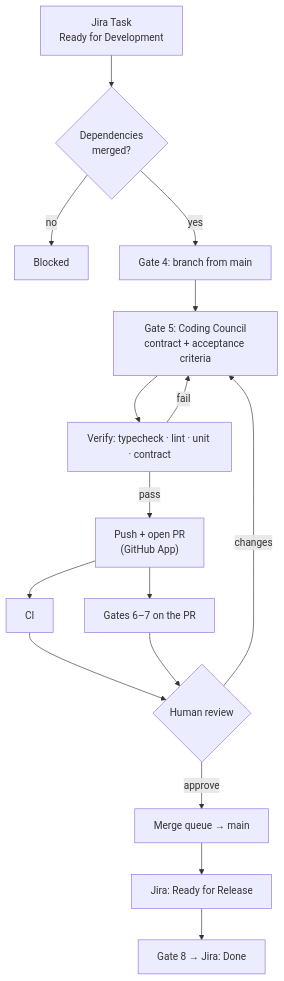
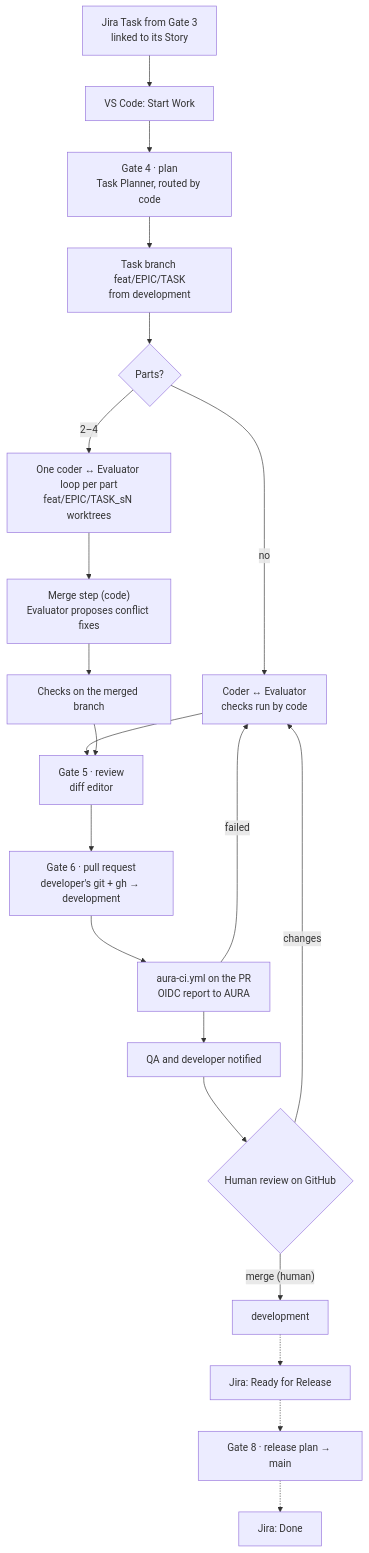
The second of 3 diagrams in docs/plans/aura-git-control-plane.md (HasithaErandika/aura), drawn with Mermaid before and after one commit. The commit also changed other lines of this file and 41 other files, not shown here.

First line of the commit message:
docs: describe the VS Code workflow, mark completed plans, rewrite the roadmap

````diff
--- a/docs/plans/aura-git-control-plane.md
+++ b/docs/plans/aura-git-control-plane.md
@@ -40,18 +45,23 @@
 ```mermaid
 flowchart TD
-    J["Jira Task<br/>Ready for Development"] --> DEP{"Dependencies<br/>merged?"}
-    DEP -- no --> WAIT["Blocked"]
-    DEP -- yes --> G4["Gate 4: branch from main"]
-    G4 --> G5["Gate 5: Coding Council<br/>contract + acceptance criteria"]
-    G5 --> VER["Verify: typecheck · lint · unit · contract"]
-    VER -- fail --> G5
-    VER -- pass --> PR["Push + open PR<br/>(GitHub App)"]
-    PR --> CI["CI"]
-    PR --> QA["Gates 6–7 on the PR"]
-    CI --> REV{"Human review"}
-    QA --> REV
-    REV -- changes --> G5
-    REV -- approve --> MERGE["Merge queue → main"]
-    MERGE --> RFR["Jira: Ready for Release"]
-    RFR --> REL["Gate 8 → Jira: Done"]
+    J["Jira Task from Gate 3<br/>linked to its Story"] --> S["VS Code: Start Work"]
+    S --> G4["Gate 4 · plan<br/>Task Planner, routed by code"]
+    G4 --> BR["Task branch feat/EPIC/TASK<br/>from development"]
+    BR --> SPLIT{"Parts?"}
+    SPLIT -- "no" --> LOOP["Coder ↔ Evaluator<br/>checks run by code"]
+    SPLIT -- "2–4" --> PAR["One coder ↔ Evaluator loop per part<br/>feat/EPIC/TASK_sN worktrees"]
+    PAR --> MERGE["Merge step (code)<br/>Evaluator proposes conflict fixes"]
+    MERGE --> CHK["Checks on the merged branch"]
+    LOOP --> G5["Gate 5 · review<br/>diff editor"]
+    CHK --> G5
+    G5 --> G6["Gate 6 · pull request<br/>developer's git + gh → development"]
+    G6 --> CI["aura-ci.yml on the PR<br/>OIDC report to AURA"]
+    CI --> QA["QA and developer notified"]
+    CI -- "failed" --> LOOP
+    QA --> REV{"Human review on GitHub"}
+    REV -- "changes" --> LOOP
+    REV -- "merge (human)" --> DEV["development"]
+    DEV -.-> RFR["Jira: Ready for Release"]
+    RFR -.-> G8["Gate 8 · release plan → main"]
+    G8 -.-> DONE["Jira: Done"]
 ```
````
